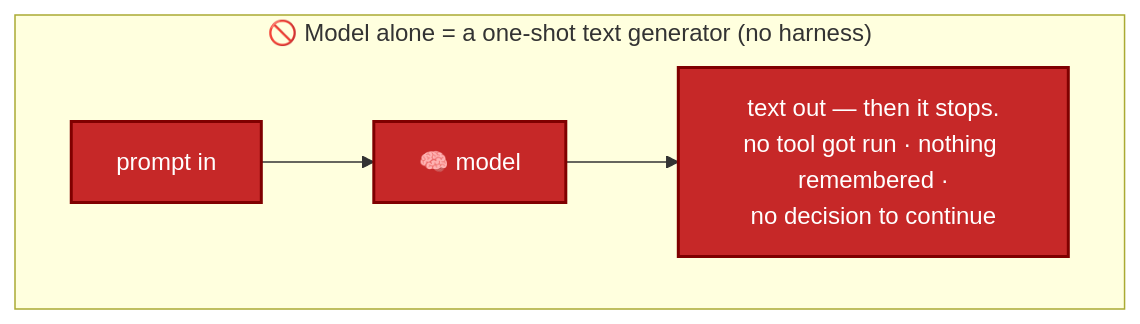
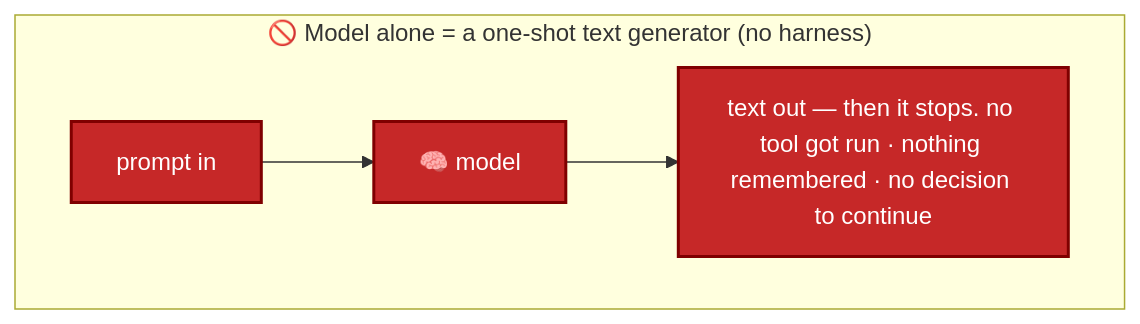
The second of 4 diagrams in claude-stack.md (parmar-m/claude-architect-certification-prep), drawn with Mermaid before and after one commit. The commit also changed other lines of this file and 24 other files, not shown here.

Commit message:
fix html tags in mmd diagrams

````diff
--- a/claude-stack.md
+++ b/claude-stack.md
@@ -294,9 +296,9 @@
 ```mermaid
 flowchart TB
     subgraph RAW["🚫 Model alone = a one-shot text generator (no harness)"]
         direction LR
-        R1["prompt in"] --> R2["🧠 model"] --> R3["text out — then it stops.<br/>no tool got run · nothing remembered ·<br/>no decision to continue"]
+        R1["prompt in"] --> R2["🧠 model"] --> R3["text out — then it stops. no tool got run · nothing remembered · no decision to continue"]
     end
     classDef bad fill:#C62828,color:#fff,stroke:#7f0000,stroke-width:2px
     class R1,R2,R3 bad
 ```
````
